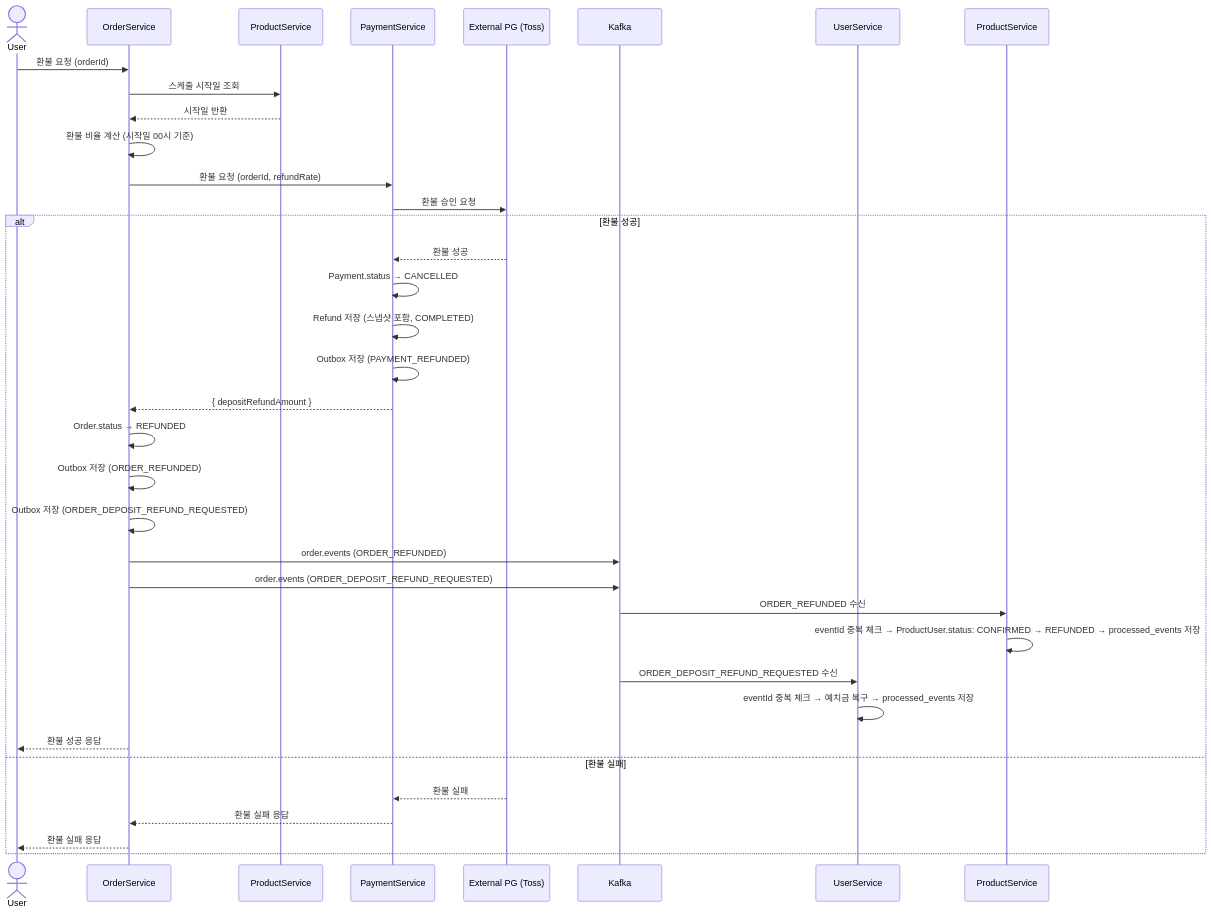
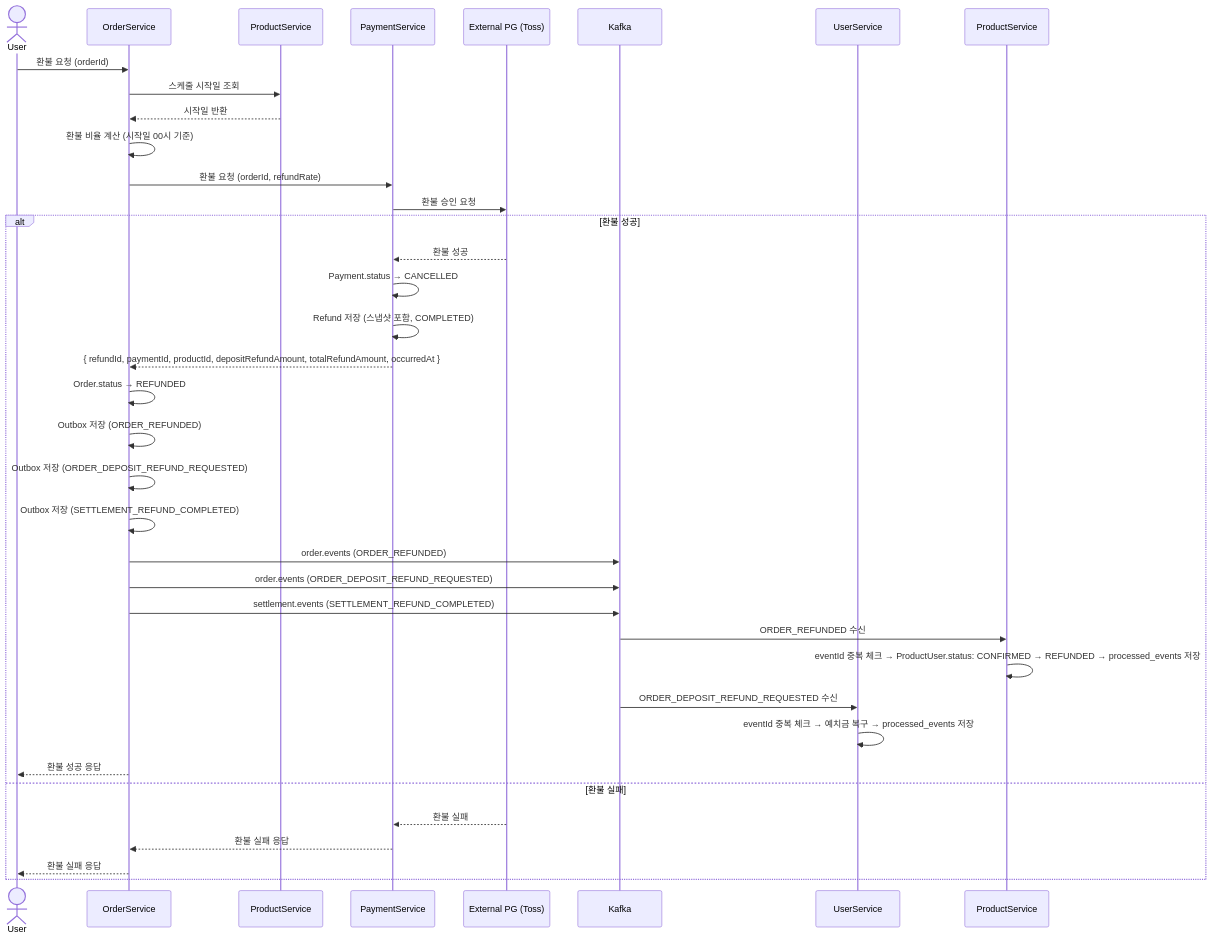
The diagram in docs/order/refund-flows/00-overview.md (prgrms-be-adv-devcourse/beadv5_5_ChamomileChicken_BE), drawn with Mermaid before and after one commit. The commit also changed other lines of this file and 6 other files, not shown here.

````diff
--- a/docs/order/refund-flows/00-overview.md
+++ b/docs/order/refund-flows/00-overview.md
@@ -67,48 +67,49 @@
 ```mermaid
 sequenceDiagram
     actor User
     participant Order as OrderService
     participant Product as ProductService
     participant Pay as PaymentService
     participant PG as External PG (Toss)
     participant Kafka
     participant UserSvc as UserService
     participant ProductSvc as ProductService
 
     User->>Order: 환불 요청 (orderId)
 
     Order->>Product: 스케줄 시작일 조회
     Product-->>Order: 시작일 반환
 
     Order->>Order: 환불 비율 계산 (시작일 00시 기준)
 
     Order->>Pay: 환불 요청 (orderId, refundRate)
     Pay->>PG: 환불 승인 요청
 
     alt 환불 성공
         PG-->>Pay: 환불 성공
         Pay->>Pay: Payment.status → CANCELLED
         Pay->>Pay: Refund 저장 (스냅샷 포함, COMPLETED)
-        Pay->>Pay: Outbox 저장 (PAYMENT_REFUNDED)
-        Pay-->>Order: { depositRefundAmount }
+        Pay-->>Order: { refundId, paymentId, productId, depositRefundAmount, totalRefundAmount, occurredAt }
 
         Order->>Order: Order.status → REFUNDED
         Order->>Order: Outbox 저장 (ORDER_REFUNDED)
         Order->>Order: Outbox 저장 (ORDER_DEPOSIT_REFUND_REQUESTED)
+        Order->>Order: Outbox 저장 (SETTLEMENT_REFUND_COMPLETED)
         Order->>Kafka: order.events (ORDER_REFUNDED)
         Order->>Kafka: order.events (ORDER_DEPOSIT_REFUND_REQUESTED)
+        Order->>Kafka: settlement.events (SETTLEMENT_REFUND_COMPLETED)
 
         Kafka->>ProductSvc: ORDER_REFUNDED 수신
         ProductSvc->>ProductSvc: eventId 중복 체크 → ProductUser.status: CONFIRMED → REFUNDED → processed_events 저장
 
         Kafka->>UserSvc: ORDER_DEPOSIT_REFUND_REQUESTED 수신
         UserSvc->>UserSvc: eventId 중복 체크 → 예치금 복구 → processed_events 저장
 
         Order-->>User: 환불 성공 응답
 
     else 환불 실패
         PG-->>Pay: 환불 실패
         Pay-->>Order: 환불 실패 응답
         Order-->>User: 환불 실패 응답
     end
 ```
````
